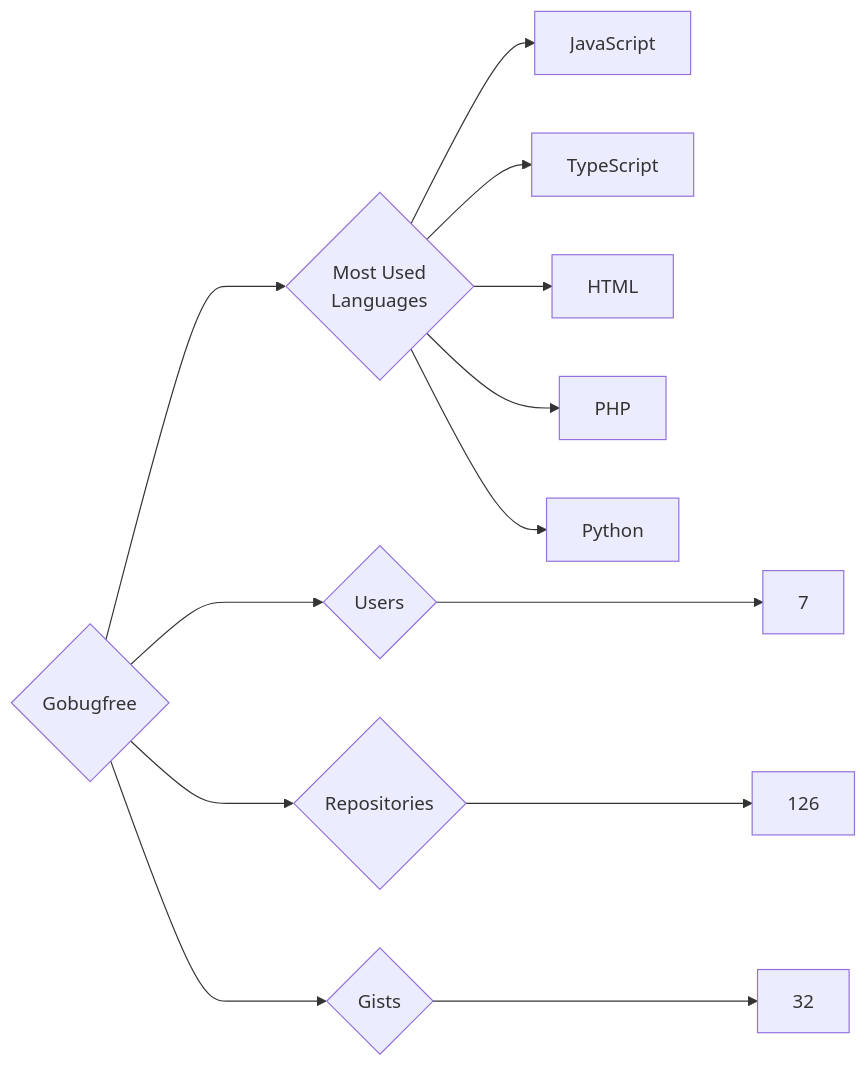
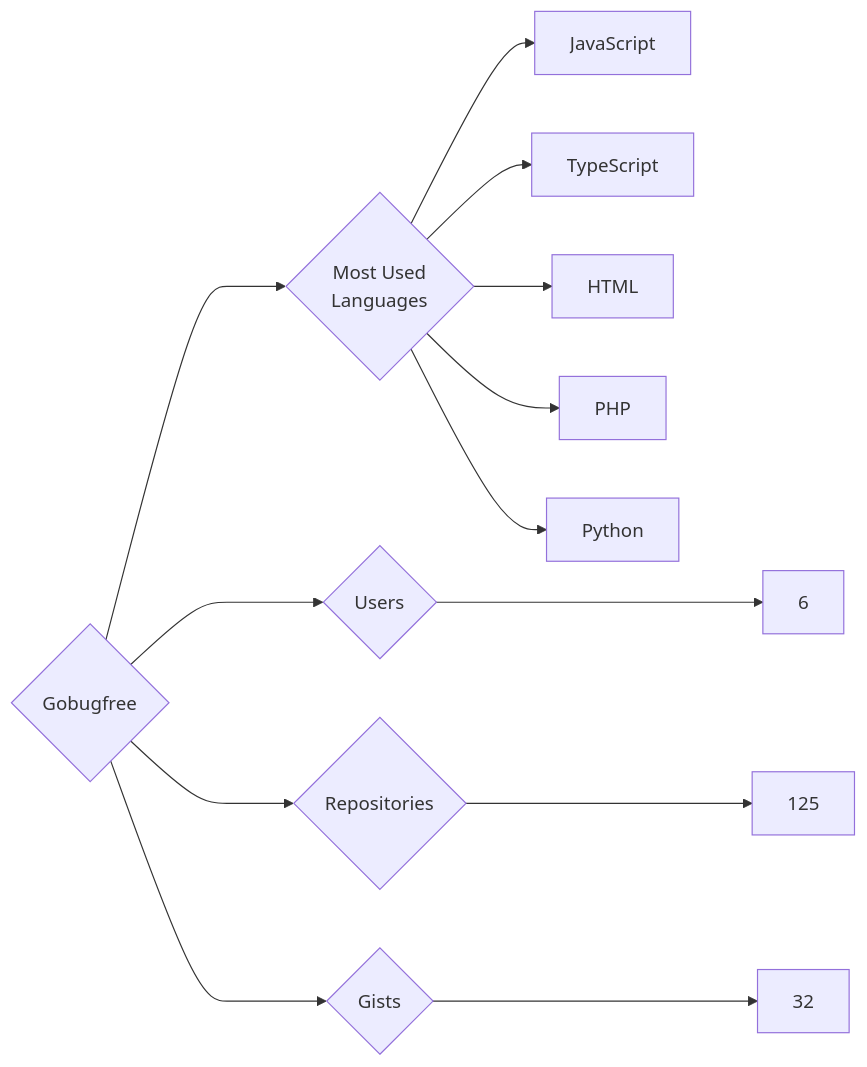
Before and after one commit to trickest/insiders: the diagram in targets/Gobugfree/README.md, drawn with Mermaid. The commit also changed 912 other files, not shown here.

````diff
--- a/targets/Gobugfree/README.md
+++ b/targets/Gobugfree/README.md
@@ -3,13 +3,13 @@
 ```mermaid
 graph LR
 COMPANY_NAME{Gobugfree}
-COMPANY_NAME ---> U{Users} ---> UN[7]
-COMPANY_NAME ---> R{Repositories} ---> RN[126]
+COMPANY_NAME ---> U{Users} ---> UN[6]
+COMPANY_NAME ---> R{Repositories} ---> RN[125]
 COMPANY_NAME ---> G{Gists} ---> GN[32]
 COMPANY_NAME ---> ML{Most Used<br>Languages}
 ML --> JavaScript[JavaScript]
 ML --> TypeScript[TypeScript]
 ML --> HTML[HTML]
 ML --> PHP[PHP]
 ML --> Python[Python]
 ```
````
